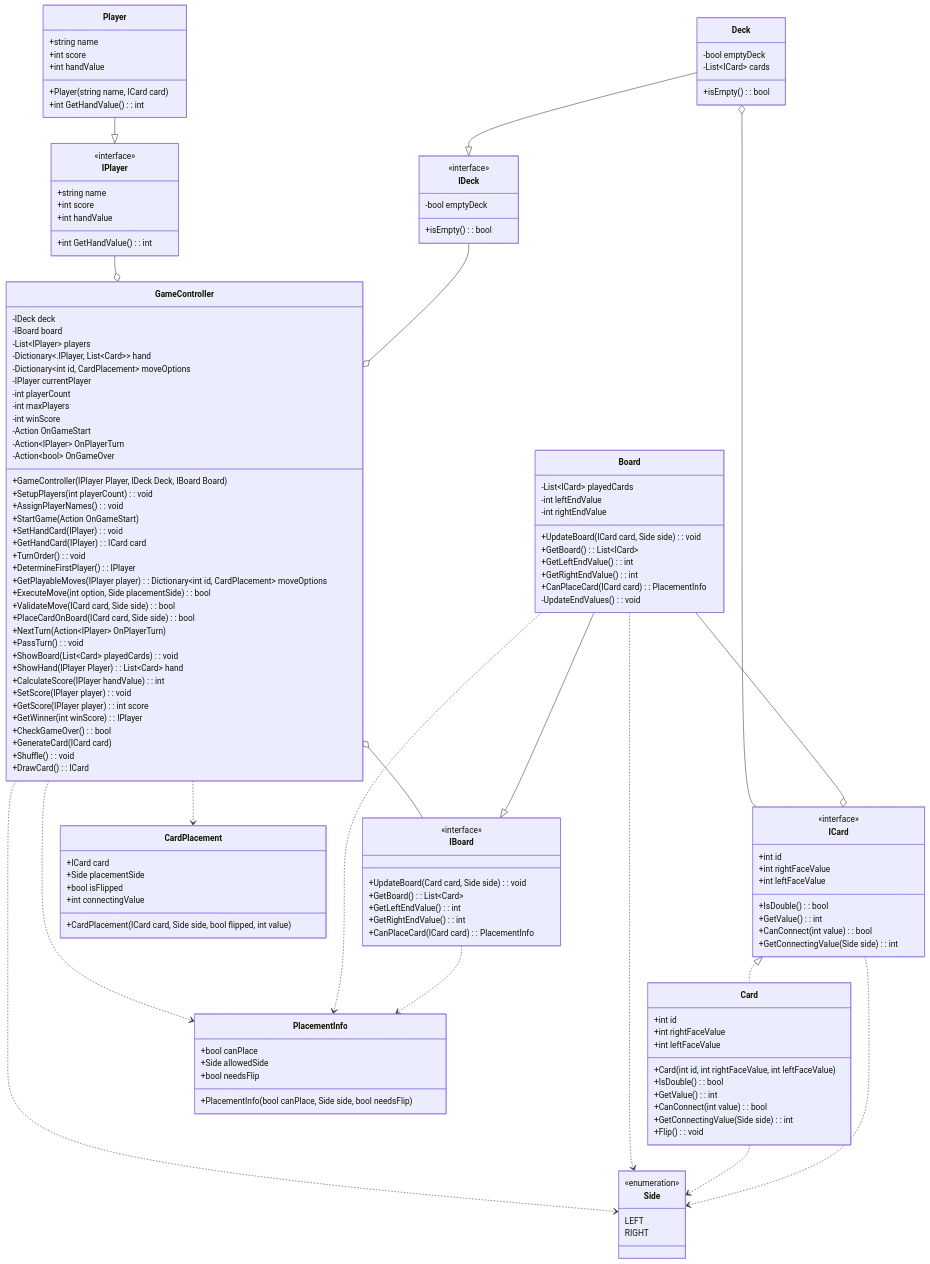
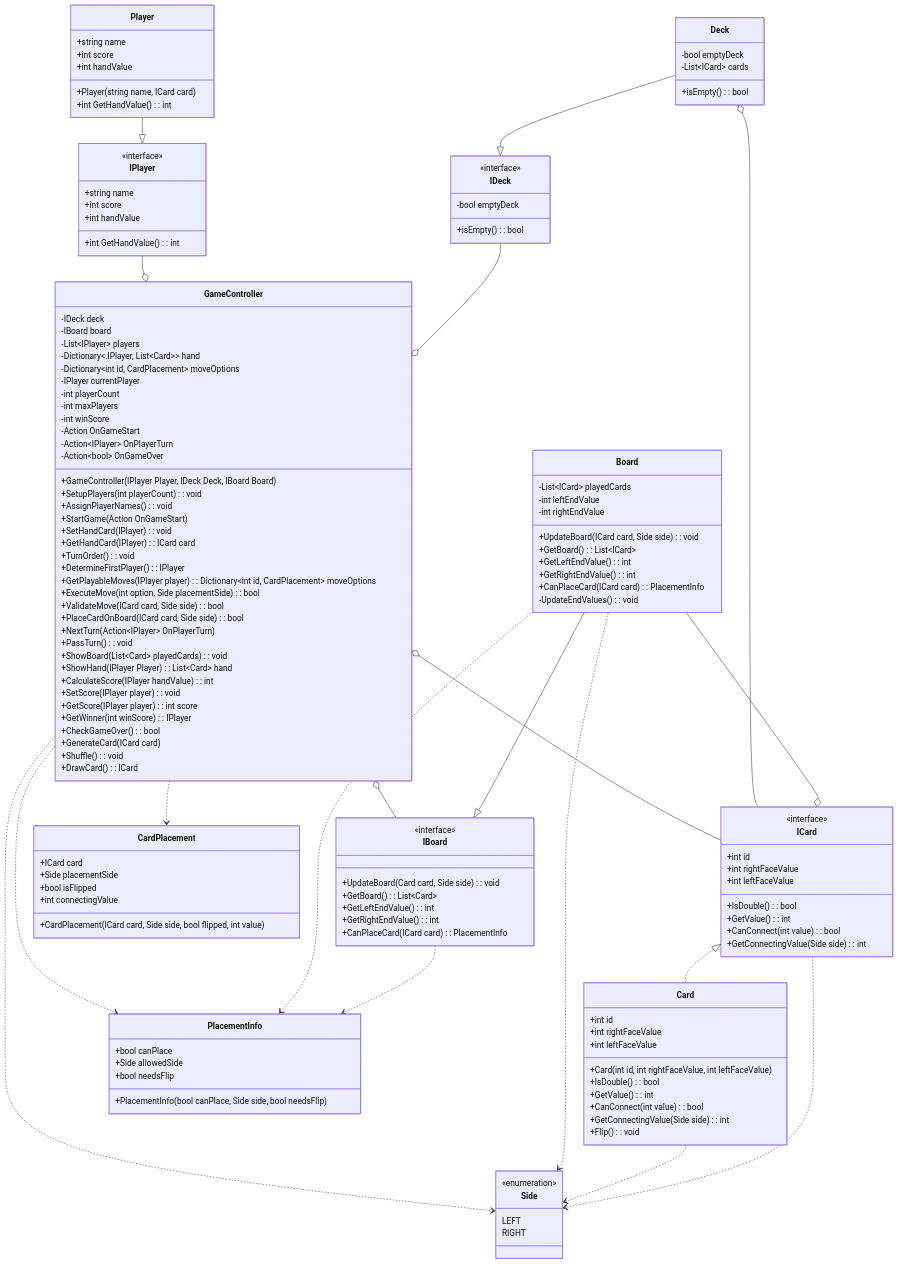
Before and after one commit to RavenFajar/bootCamp13: the diagram in Day6/DiagramClassProject/classDiagram.mmd, drawn with Mermaid.

```diff
--- a/Day6/DiagramClassProject/classDiagram.mmd
+++ b/Day6/DiagramClassProject/classDiagram.mmd
@@ -1,138 +1,139 @@
 classDiagram
 class IPlayer{
     <<interface>>
     +string name
     +int score
     +int handValue
     +int GetHandValue() : int
 }
 class Player{
     +string name
     +int score
     +int handValue
     +Player(string name, ICard card)
     +int GetHandValue() : int
 }
 class ICard{
     <<interface>>
     +int id
     +int rightFaceValue
     +int leftFaceValue 
     +IsDouble() : bool
     +GetValue() : int
     +CanConnect(int value) : bool
     +GetConnectingValue(Side side) : int
 }
 class IDeck{
     <<interface>>
     -bool emptyDeck
     +isEmpty() : bool
 }
 class IBoard{
     <<interface>>
     +UpdateBoard(Card card, Side side) : void
     +GetBoard() : List~Card~
     +GetLeftEndValue() : int
     +GetRightEndValue() : int
     +CanPlaceCard(ICard card) : PlacementInfo
 }
 class Deck{
     -bool emptyDeck
     -List~ICard~ cards
     +isEmpty() : bool
 }
 class Board{
     -List~ICard~ playedCards
     -int leftEndValue
     -int rightEndValue
     +UpdateBoard(ICard card, Side side) : void
     +GetBoard() : List~ICard~
     +GetLeftEndValue() : int
     +GetRightEndValue() : int
     +CanPlaceCard(ICard card) : PlacementInfo
     -UpdateEndValues() : void
 }
 class Card{
     +int id
     +int rightFaceValue
     +int leftFaceValue   
     +Card(int id, int rightFaceValue, int leftFaceValue) 
     +IsDouble() : bool
     +GetValue() : int
     +CanConnect(int value) : bool
     +GetConnectingValue(Side side) : int
     +Flip() : void
 }
 class Side{
     <<enumeration>>
     LEFT
     RIGHT
 }
 class PlacementInfo{
     +bool canPlace
     +Side allowedSide
     +bool needsFlip
     +PlacementInfo(bool canPlace, Side side, bool needsFlip)
 }
 class CardPlacement{
     +ICard card
     +Side placementSide
     +bool isFlipped
     +int connectingValue
     +CardPlacement(ICard card, Side side, bool flipped, int value)
 }
 class GameController{
     -IDeck deck
     -IBoard board
     -List~IPlayer~ players
     -Dictionary<.IPlayer, List~Card~> hand
     -Dictionary~int id, CardPlacement~ moveOptions
     -IPlayer currentPlayer
     -int playerCount
     -int maxPlayers
     -int winScore
     -Action OnGameStart
     -Action~IPlayer~ OnPlayerTurn
     -Action~bool~ OnGameOver
     +GameController(IPlayer Player, IDeck Deck, IBoard Board)
     +SetupPlayers(int playerCount) : void
     +AssignPlayerNames() : void
     +StartGame(Action OnGameStart)
     +SetHandCard(IPlayer): void
     +GetHandCard(IPlayer): ICard card 
     +TurnOrder() : void
     +DetermineFirstPlayer() : IPlayer
     +GetPlayableMoves(IPlayer player) : Dictionary~int id, CardPlacement~ moveOptions
     +ExecuteMove(int option, Side placementSide) : bool
     +ValidateMove(ICard card, Side side) : bool
     +PlaceCardOnBoard(ICard card, Side side) : bool
     +NextTurn(Action~IPlayer~ OnPlayerTurn)
     +PassTurn() : void
     +ShowBoard(List~Card~ playedCards) : void
     +ShowHand(IPlayer Player): List~Card~ hand 
     +CalculateScore(IPlayer handValue) : int
     +SetScore(IPlayer player) : void
     +GetScore(IPlayer player) : int score
     +GetWinner(int winScore) : IPlayer
     +CheckGameOver() : bool
     +GenerateCard(ICard card)
     +Shuffle() : void
     +DrawCard() : ICard
 }
 IPlayer --o GameController 
 IDeck --o GameController
 GameController o-- IBoard
+GameController o-- ICard
 Deck --|> IDeck 
 Board --|> IBoard 
 Player --|> IPlayer 
 Deck o-- ICard
 Board --o ICard
 ICard <|.. Card 
 GameController ..> Side
 GameController ..> PlacementInfo
 GameController ..> CardPlacement
 Board ..> PlacementInfo
 Board ..> Side
 Card ..> Side
 IBoard ..> PlacementInfo
 ICard ..> Side
```
